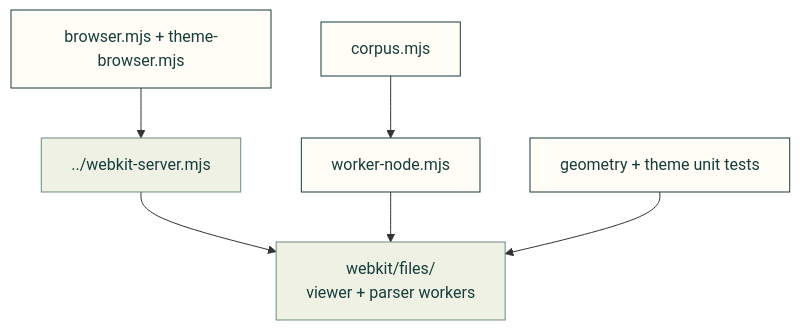
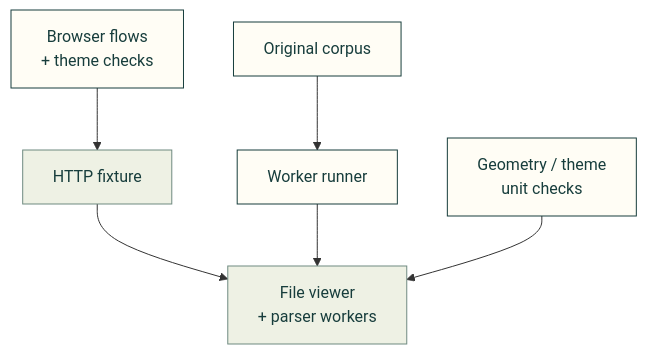
The diagram in tests/webkit/files/README.md (Valpatel/cad-agent), drawn with Mermaid before and after one commit.

Commit message:
docs(viewers): keep file-test ownership map compact

````diff
--- a/tests/webkit/files/README.md
+++ b/tests/webkit/files/README.md
@@ -5,12 +5,12 @@
 ```mermaid
 flowchart TD
-    B["browser.mjs + theme-browser.mjs"] --> S["../webkit-server.mjs"]
-    S --> V["webkit/files/<br/>viewer + parser workers"]
-    C["corpus.mjs"] --> W["worker-node.mjs"] --> V
-    U["geometry + theme unit tests"] --> V
+    B["Browser flows<br/>+ theme checks"] --> S["HTTP fixture"]
+    S --> V["File viewer<br/>+ parser workers"]
+    C["Original corpus"] --> W["Worker runner"] --> V
+    U["Geometry / theme<br/>unit checks"] --> V
     classDef here fill:#fffdf5,stroke:#173d3c,color:#173d3c
     classDef near fill:#eef1e4,stroke:#6f8a80,color:#173d3c
     classDef out fill:#ffe1cc,stroke:#bd3a12,color:#173d3c
     class B,C,W,U here
     class S,V near
 ```
````
